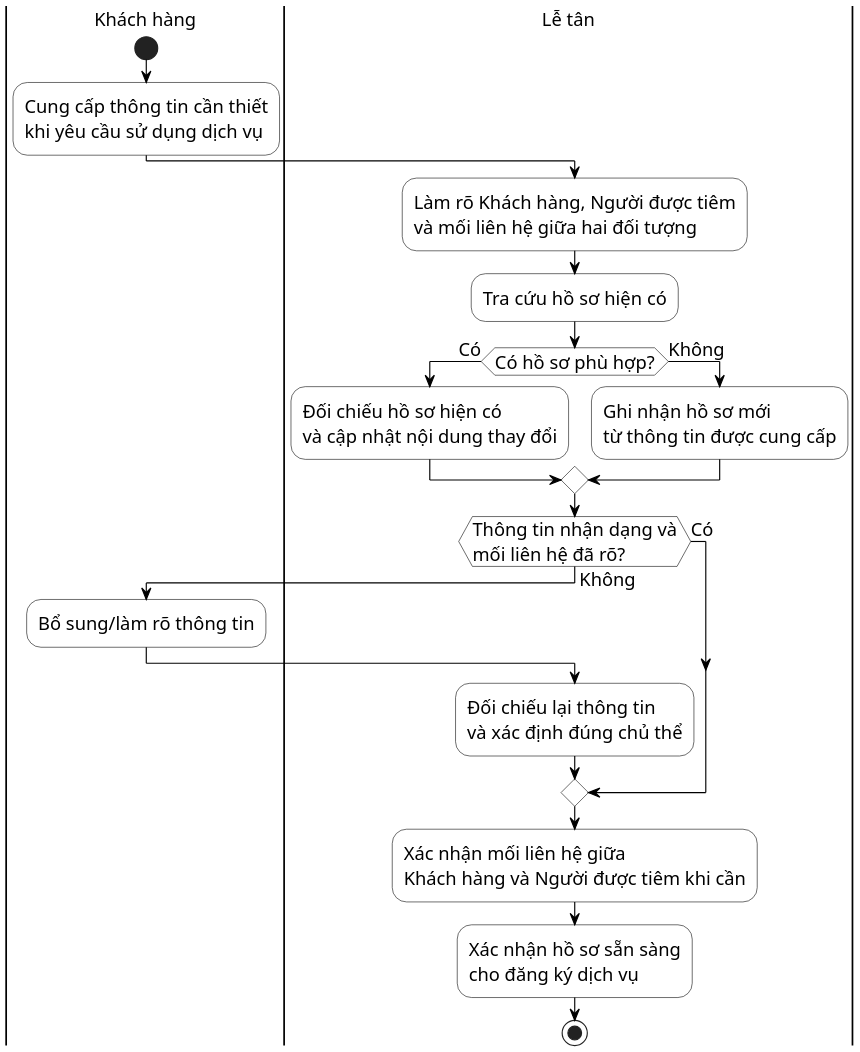
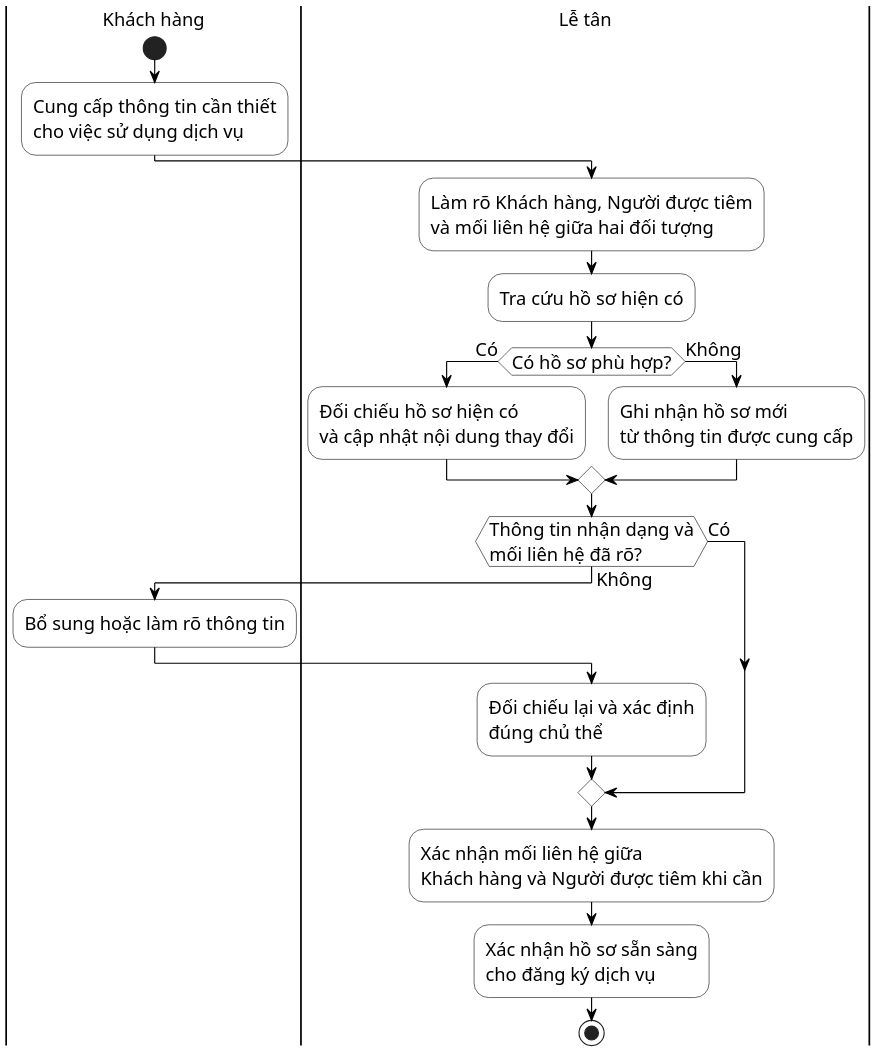
Before and after one commit to datngo1203/KLCN-QuanLyTiemChung: the diagram in docs/thesis/uml/Hinh_2_3_Activity_Quan_Ly_Ho_So.puml, drawn with PlantUML. The commit also changed 8 other files, not shown here.

Commit message:
docs: normalize business UML print layout

```diff
--- a/docs/thesis/uml/Hinh_2_3_Activity_Quan_Ly_Ho_So.puml
+++ b/docs/thesis/uml/Hinh_2_3_Activity_Quan_Ly_Ho_So.puml
@@ -1,40 +1,40 @@
 @startuml
-' HUIT UML Visual Profile v1 - compact print layout
+' HUIT UML Visual Profile v1 - compact-fixed layout
 skinparam monochrome true
 skinparam shadowing false
 skinparam backgroundColor white
 skinparam defaultFontName "Times New Roman"
 skinparam defaultFontSize 16
 skinparam ArrowColor black
 skinparam ActivityBorderColor black
 skinparam ActivityBackgroundColor white
 skinparam PartitionBorderColor black
 skinparam PartitionBackgroundColor white
 skinparam dpi 180
 
 |Khách hàng|
 start
-:Cung cấp thông tin cần thiết\nkhi yêu cầu sử dụng dịch vụ;
+:Cung cấp thông tin cần thiết\ncho việc sử dụng dịch vụ;
 
 |Lễ tân|
 :Làm rõ Khách hàng, Người được tiêm\nvà mối liên hệ giữa hai đối tượng;
 :Tra cứu hồ sơ hiện có;
 
 if (Có hồ sơ phù hợp?) then (Có)
   :Đối chiếu hồ sơ hiện có\nvà cập nhật nội dung thay đổi;
 else (Không)
   :Ghi nhận hồ sơ mới\ntừ thông tin được cung cấp;
 endif
 
 if (Thông tin nhận dạng và\nmối liên hệ đã rõ?) then (Có)
 else (Không)
   |Khách hàng|
-  :Bổ sung/làm rõ thông tin;
+  :Bổ sung hoặc làm rõ thông tin;
   |Lễ tân|
-  :Đối chiếu lại thông tin\nvà xác định đúng chủ thể;
+  :Đối chiếu lại và xác định\nđúng chủ thể;
 endif
 
 :Xác nhận mối liên hệ giữa\nKhách hàng và Người được tiêm khi cần;
 :Xác nhận hồ sơ sẵn sàng\ncho đăng ký dịch vụ;
 stop
 @enduml
```
